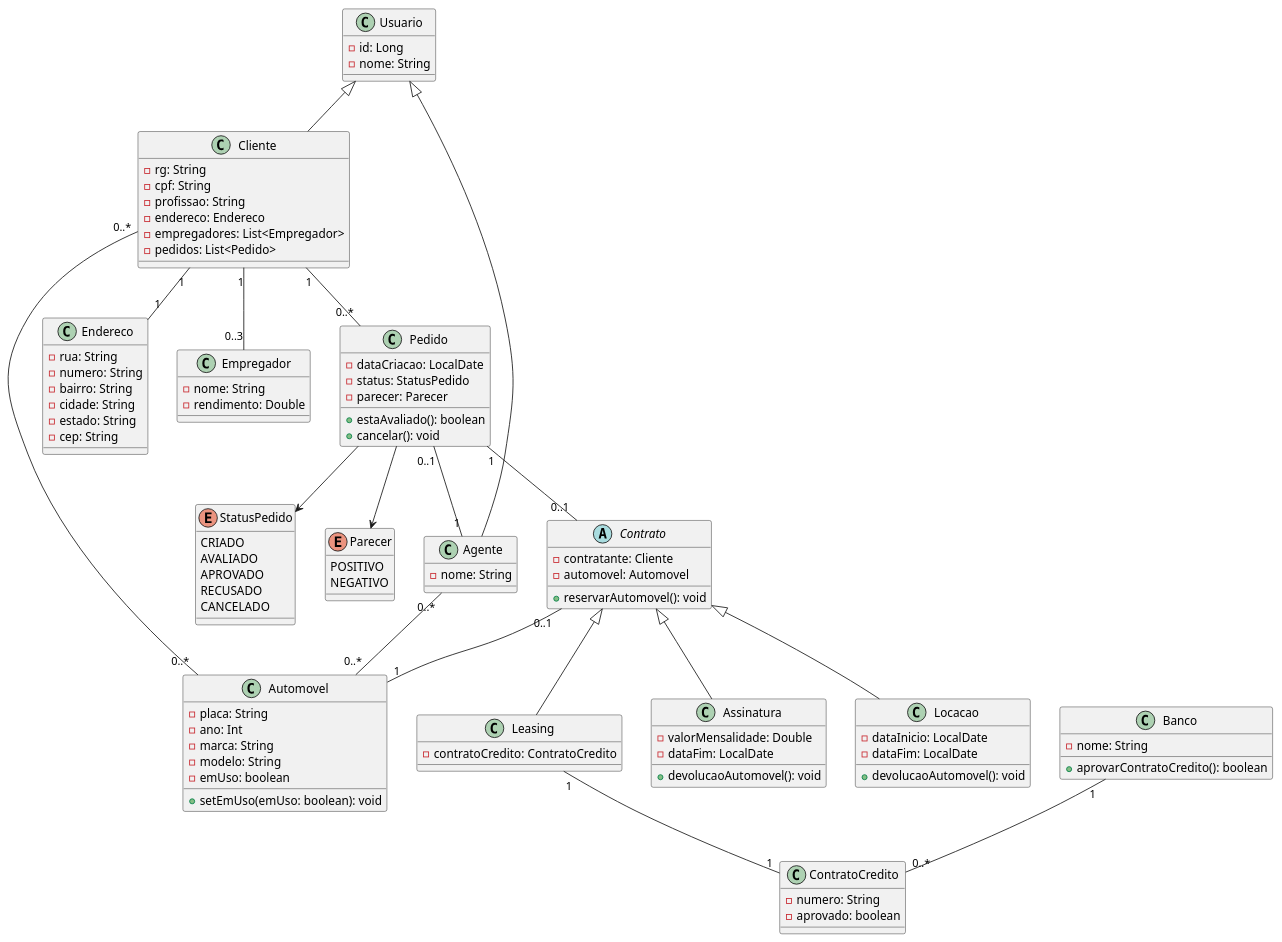
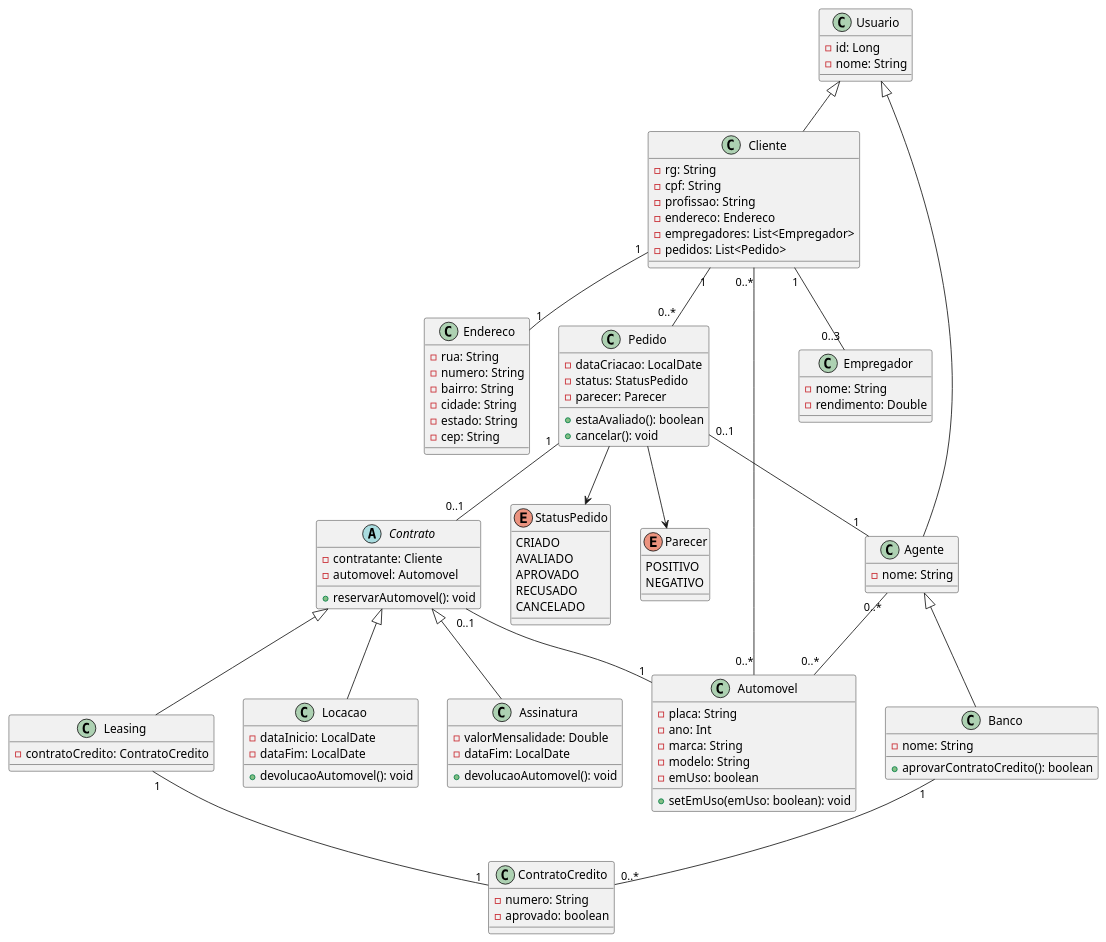
The diagram in docs/diagramas/classes.puml (brunokilo/lab02-aluguel-carros), drawn with PlantUML before and after one commit. The commit also changed 25 other files, not shown here.

First line of the commit message:
feat: Implement Agente and Banco functionality with controllers, services, and repositories

```diff
--- a/docs/diagramas/classes.puml
+++ b/docs/diagramas/classes.puml
@@ -1,122 +1,123 @@
 @startuml
 
 class Usuario {
     -id: Long
     -nome: String
 }
 
 class Cliente {
     -rg: String
     -cpf: String
     -profissao: String
     -endereco: Endereco
     -empregadores: List<Empregador>
     -pedidos: List<Pedido>
 }
 
 class Agente {
     -nome: String
 }
 
 class Banco {
     -nome: String
     +aprovarContratoCredito(): boolean
 }
 
 class Endereco {
     -rua: String
     -numero: String
     -bairro: String
     -cidade: String
     -estado: String
     -cep: String
 }
 
 class Empregador {
     -nome: String
     -rendimento: Double
 }
 
 class Pedido {
     -dataCriacao: LocalDate
     -status: StatusPedido
     -parecer: Parecer
     +estaAvaliado(): boolean
     +cancelar(): void
 }
 
 abstract class Contrato {
     -contratante: Cliente
     -automovel: Automovel
     +reservarAutomovel(): void
 }
 
 class Locacao {
     -dataInicio: LocalDate
     -dataFim: LocalDate
     +devolucaoAutomovel(): void
 }
 
 class Assinatura {
     -valorMensalidade: Double
     -dataFim: LocalDate
     +devolucaoAutomovel(): void
 }
 
 class Leasing {
     -contratoCredito: ContratoCredito
 }
 
 class ContratoCredito {
     -numero: String
     -aprovado: boolean
 }
 
 class Automovel {
     -placa: String
     -ano: Int
     -marca: String
     -modelo: String
     -emUso: boolean
     +setEmUso(emUso: boolean): void
 }
 
 enum StatusPedido {
     CRIADO
     AVALIADO
     APROVADO
     RECUSADO
     CANCELADO
 }
 
 enum Parecer {
     POSITIVO
     NEGATIVO
 }
 
 Usuario <|-- Cliente
 Usuario <|-- Agente
+Agente <|-- Banco
 
 Cliente "1" -- "1" Endereco
 Cliente "1" -- "0..3" Empregador
 Cliente "1" -- "0..*" Pedido
 
 Pedido "1" -- "0..1" Contrato
 Pedido "0..1" -- "1" Agente
 
 Contrato <|-- Locacao
 Contrato <|-- Assinatura
 Contrato <|-- Leasing
 
 Contrato "0..1" -- "1" Automovel
 
 Leasing "1" -- "1" ContratoCredito
 Banco "1" -- "0..*" ContratoCredito
 
 Cliente "0..*" -- "0..*" Automovel
 Agente "0..*" -- "0..*" Automovel
 
 Pedido --> StatusPedido
 Pedido --> Parecer
 
 @enduml
```
